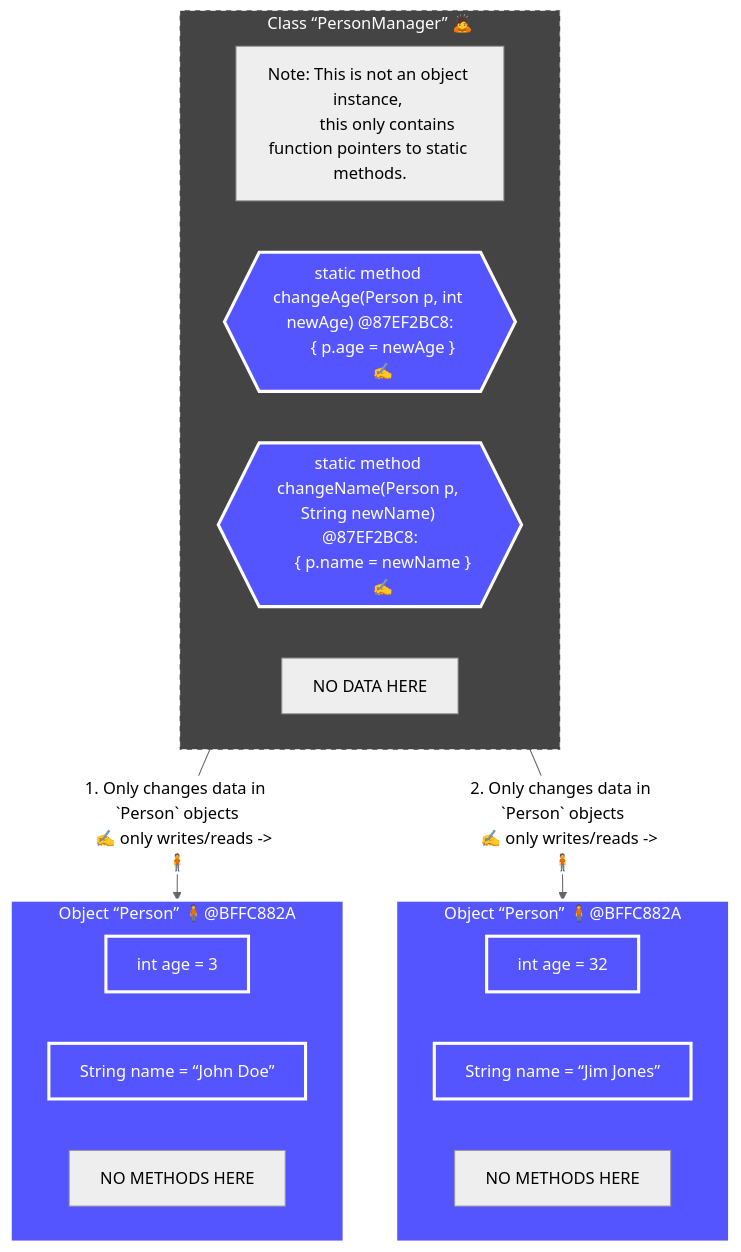
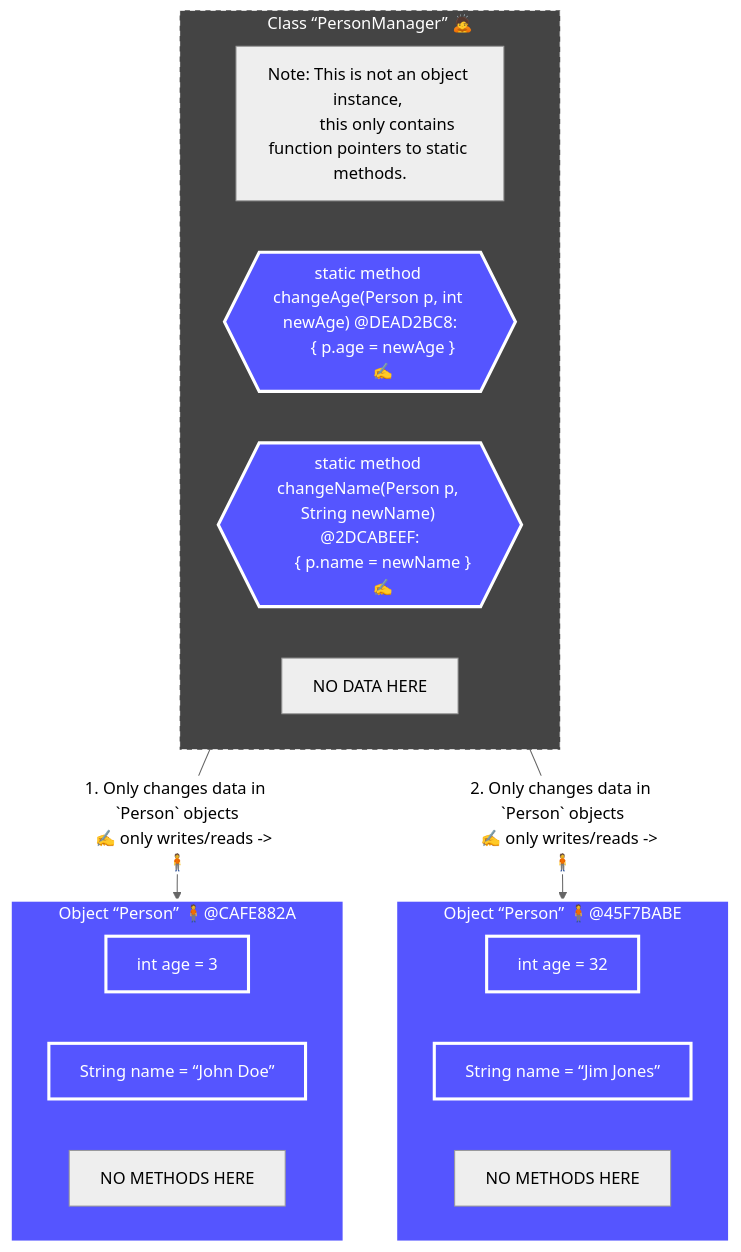
Before and after one commit to realityexpander/How_to_program_from_ground_up: the third of 8 diagrams in 09-ClassOrientedProgramming.md, drawn with Mermaid (neutral theme). The commit also changed other lines of this file, not shown here.

Commit message:
improve static diagrams

````diff
--- a/09-ClassOrientedProgramming.md
+++ b/09-ClassOrientedProgramming.md
@@ -241,46 +241,46 @@
     ```mermaid
        flowchart TB
     
        PersonManager -- "
           1. Only changes data in `Person` objects
           ✍️ only writes/reads ->🧍
           " --> Person:::Object
        PersonManager -- "
           2. Only changes data in `Person` objects
           ✍️ only writes/reads ->🧍
           " --> Person2:::Object 
       
       
-       subgraph Person["Object “Person”  🧍@BFFC882A"]
+       subgraph Person["Object “Person”  🧍@CAFE882A"]
           personObjectAgeInt["int age = 3"]:::Object
           personObjectNameString["String name = “John Doe”"]:::Object 
           
           HasNoMethods["NO METHODS HERE"]
        end
       
-       subgraph Person2["Object “Person”  🧍@BFFC882A"]
+       subgraph Person2["Object “Person”  🧍@45F7BABE"]
           personObjectAgeInt2["int age = 32"]:::Object
           personObjectNameString2["String name = “Jim Jones”"]:::Object 
           
           HasNoMethods2["NO METHODS HERE"]
        end
     
        subgraph PersonManager["Class “PersonManager” 🙇‍"]
           note["Note: This is not an object instance, 
                 this only contains function pointers to static methods."]
           PersonManagerClassChangeAgeMethodFunctionPointer{{"
-             static method changeAge(Person p, int newAge) @87EF2BC8:
+             static method changeAge(Person p, int newAge) @DEAD2BC8:
              { p.age = newAge }
              ✍️"}}:::Object
           PersonManagerClassChangeNameMethodFunctionPointer{{"
-             static method changeName(Person p, String newName) @87EF2BC8:
+             static method changeName(Person p, String newName) @2DCABEEF:
              { p.name = newName }
              ✍️"}}:::Object
           
           HasNoData["NO DATA HERE"]
        end
     
     
        style PersonManager fill:#444, stroke:#FFF, stroke-width:1px, color:#FFF, stroke-dasharray: 5 5 
        classDef Object fill:#55F, stroke:#FFF, stroke-width:3px, color:#fff
     ```
````
